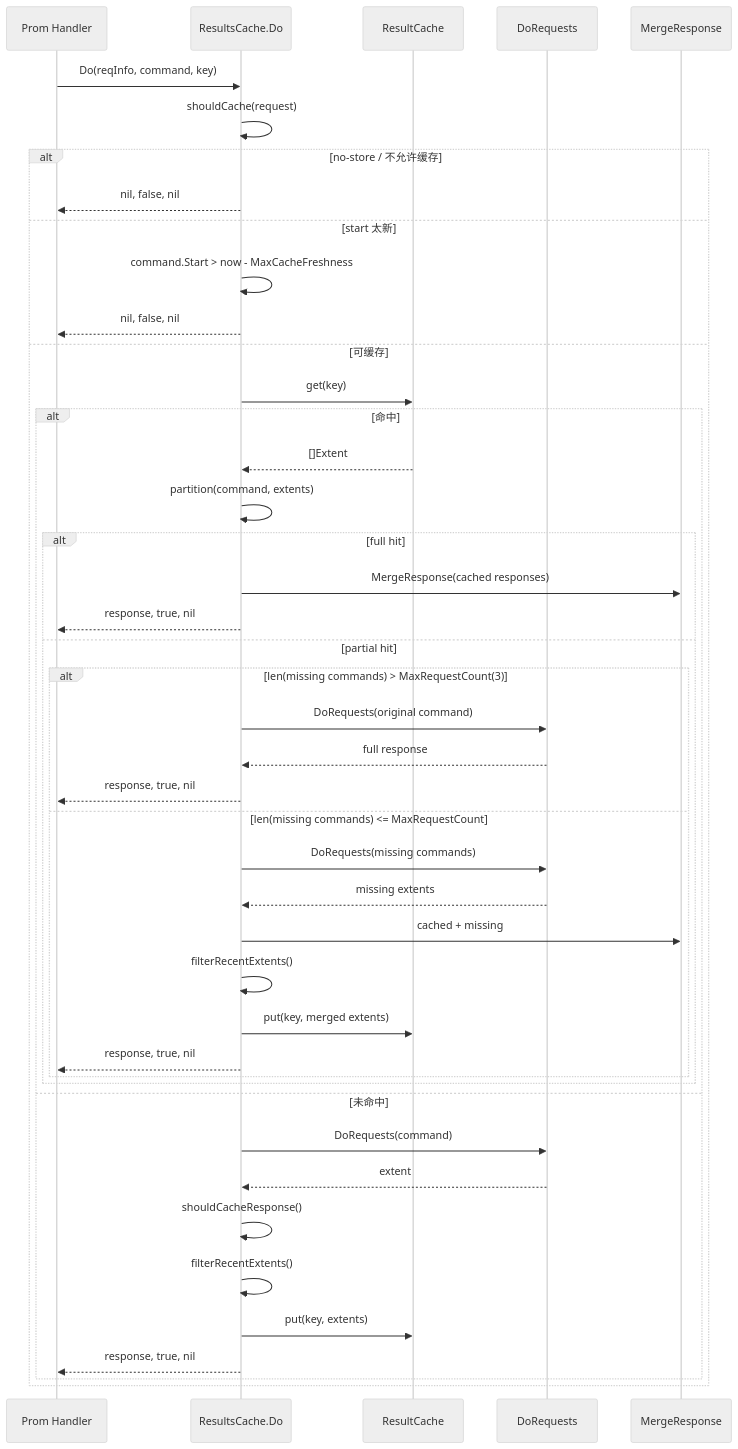
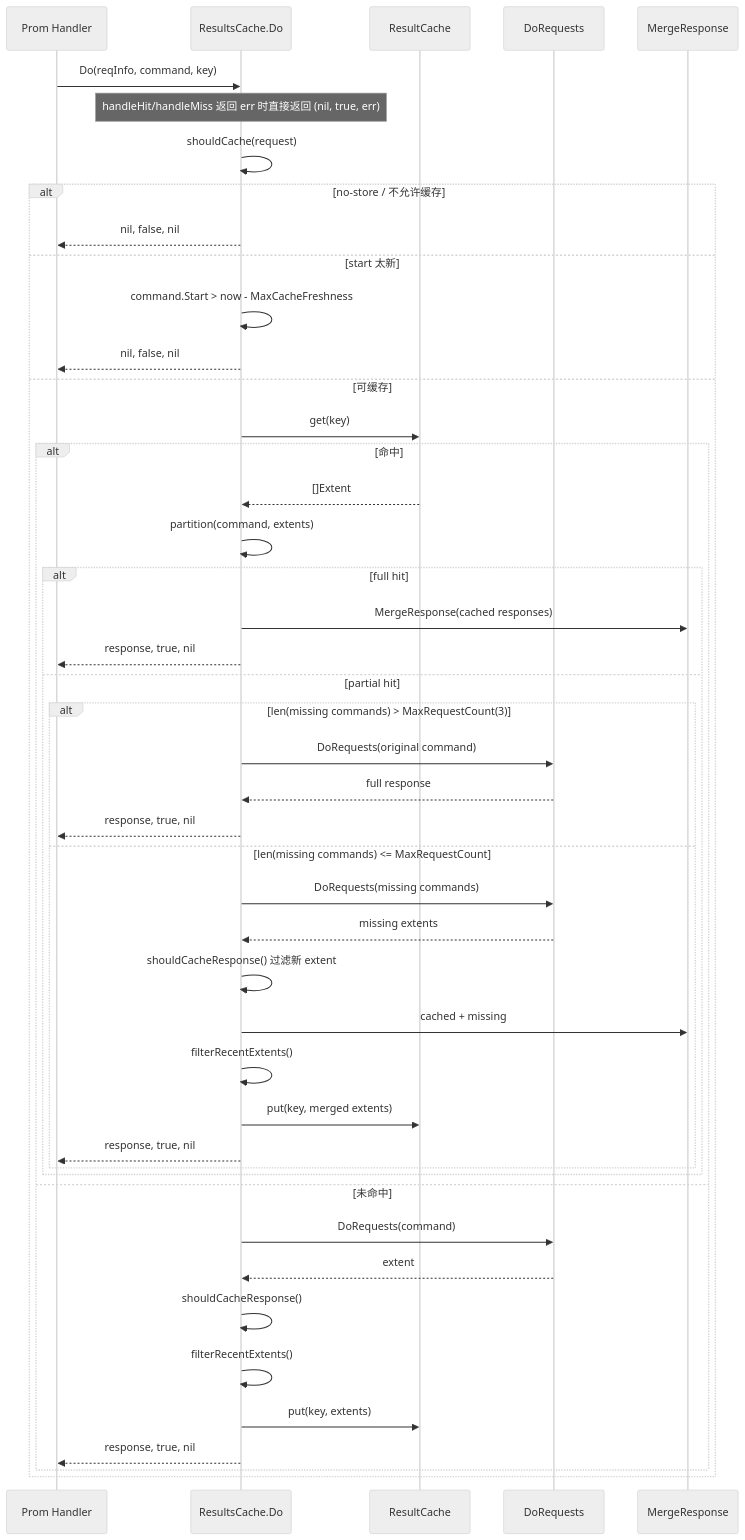
Before and after one commit to stefanv5/openGemini: the second of 4 diagrams in docs/specs/23_query_cache_spec.md, drawn with Mermaid (neutral theme). The commit also changed other lines of this file and 37 other files, not shown here.

````diff
--- a/docs/specs/23_query_cache_spec.md
+++ b/docs/specs/23_query_cache_spec.md
@@ -76,47 +86,49 @@
 ```mermaid
 sequenceDiagram
     participant H as Prom Handler
     participant RC as ResultsCache.Do
     participant Cache as ResultCache
     participant Exec as DoRequests
     participant Merge as MergeResponse
 
     H->>RC: Do(reqInfo, command, key)
+    Note over RC: handleHit/handleMiss 返回 err 时直接返回 (nil, true, err)
     RC->>RC: shouldCache(request)
     alt no-store / 不允许缓存
         RC-->>H: nil, false, nil
     else start 太新
         RC->>RC: command.Start > now - MaxCacheFreshness
         RC-->>H: nil, false, nil
     else 可缓存
         RC->>Cache: get(key)
         alt 命中
             Cache-->>RC: []Extent
             RC->>RC: partition(command, extents)
             alt full hit
                 RC->>Merge: MergeResponse(cached responses)
                 RC-->>H: response, true, nil
             else partial hit
                 alt len(missing commands) > MaxRequestCount(3)
                     RC->>Exec: DoRequests(original command)
                     Exec-->>RC: full response
                     RC-->>H: response, true, nil
                 else len(missing commands) <= MaxRequestCount
                     RC->>Exec: DoRequests(missing commands)
                     Exec-->>RC: missing extents
+                    RC->>RC: shouldCacheResponse() 过滤新 extent
                     RC->>Merge: cached + missing
                     RC->>RC: filterRecentExtents()
                     RC->>Cache: put(key, merged extents)
                     RC-->>H: response, true, nil
                 end
             end
         else 未命中
             RC->>Exec: DoRequests(command)
             Exec-->>RC: extent
             RC->>RC: shouldCacheResponse()
             RC->>RC: filterRecentExtents()
             RC->>Cache: put(key, extents)
             RC-->>H: response, true, nil
         end
     end
 ```
````
